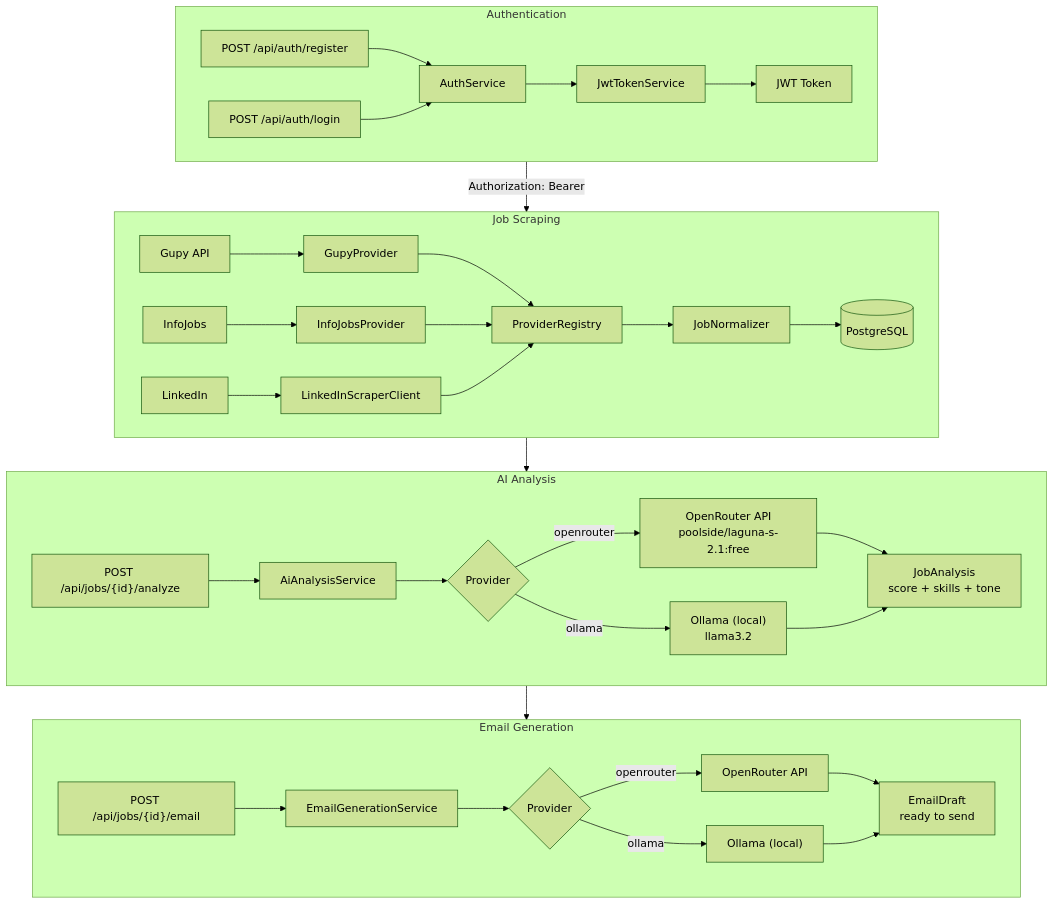
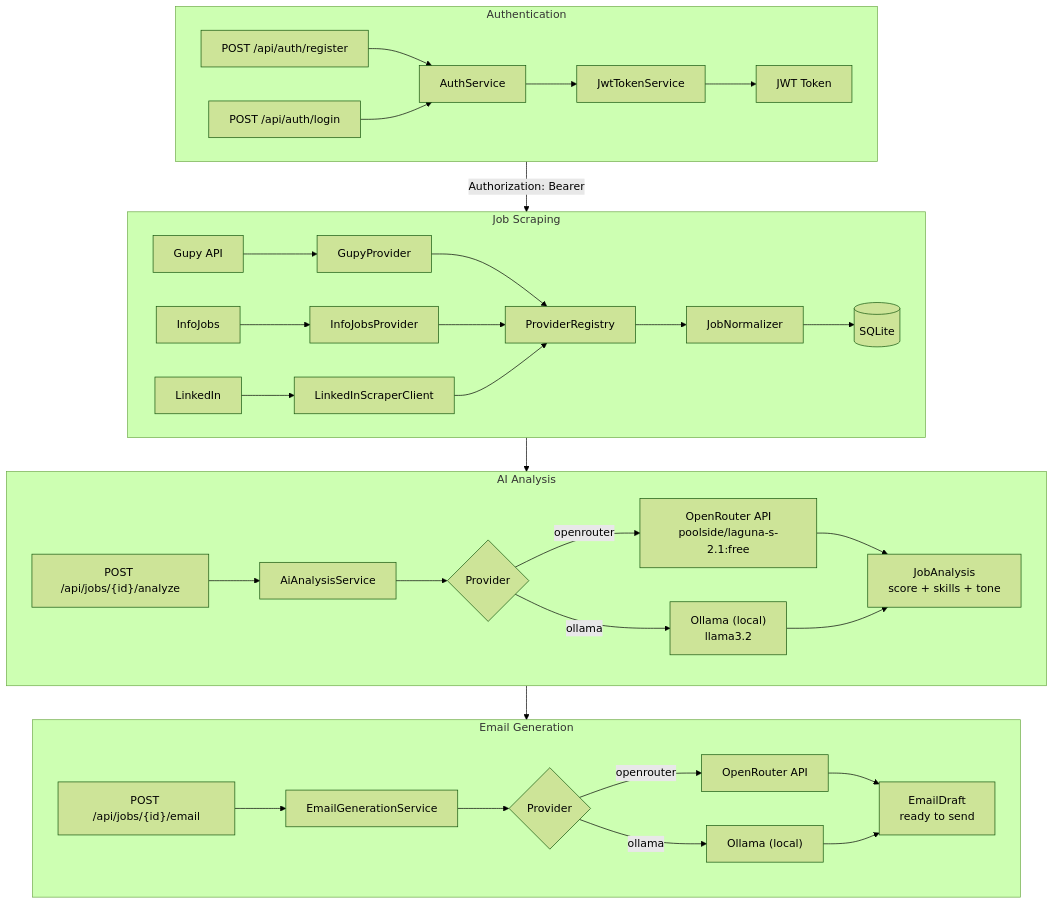
The first of 5 diagrams in README.md (Uzzoper/job-hunter), drawn with Mermaid (forest theme) before and after one commit. The commit also changed other lines of this file and 2 other files, not shown here.

Commit message:
docs: update readme and agents guide for sqlite

````diff
--- a/README.md
+++ b/README.md
@@ -19,42 +19,42 @@
 ```mermaid
 flowchart TB
     subgraph Auth["Authentication"]
         A1[POST /api/auth/register] --> A2[AuthService]
         A3[POST /api/auth/login] --> A2
         A2 --> A4[JwtTokenService]
         A4 --> A5[JWT Token]
     end
 
     subgraph Scraper["Job Scraping"]
         S1[Gupy API] --> S2[GupyProvider]
         S3[InfoJobs] --> S4[InfoJobsProvider]
         S5[LinkedIn] --> S6[LinkedInScraperClient]
         S2 --> S7[ProviderRegistry]
         S4 --> S7
         S6 --> S7
         S7 --> S8[JobNormalizer]
-        S8 --> S9[(PostgreSQL)]
+        S8 --> S9[(SQLite)]
     end
 
     subgraph AI["AI Analysis"]
         I1["POST /api/jobs/{id}/analyze"] --> I2[AiAnalysisService]
         I2 --> I3{Provider}
         I3 -->|openrouter| I4["OpenRouter API<br/>poolside/laguna-s-2.1:free"]
         I3 -->|ollama| I5["Ollama (local)<br/>llama3.2"]
         I4 --> I6[JobAnalysis<br/>score + skills + tone]
         I5 --> I6
     end
 
     subgraph Email["Email Generation"]
         E1["POST /api/jobs/{id}/email"] --> E2[EmailGenerationService]
         E2 --> E3{Provider}
         E3 -->|openrouter| E4["OpenRouter API"]
         E3 -->|ollama| E5["Ollama (local)"]
         E4 --> E6[EmailDraft<br/>ready to send]
         E5 --> E6
     end
 
     Auth -->|Authorization: Bearer| Scraper
     Scraper --> AI
     AI --> Email
 ```
````
